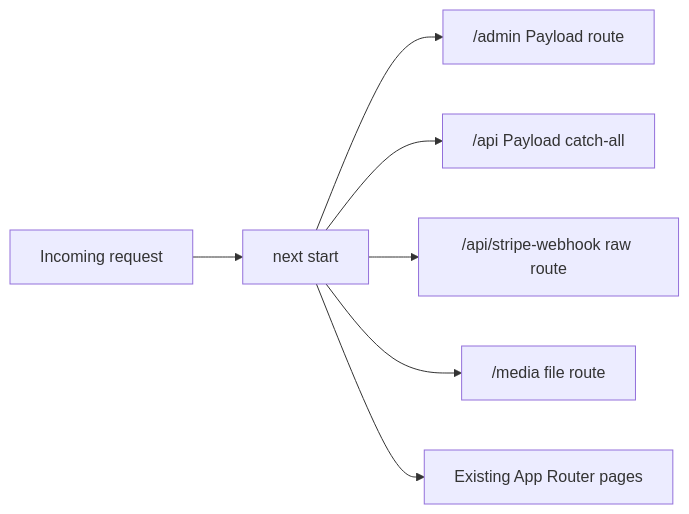
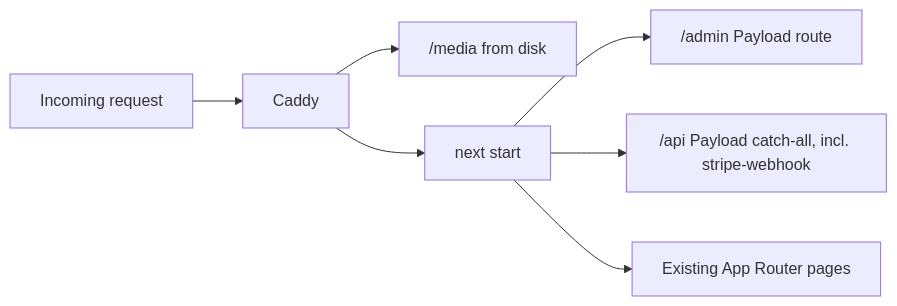
The diagram in docs/PAYLOAD_V3_MIGRATION.md (brunosj/shush-dance), drawn with Mermaid before and after one commit. The commit also changed other lines of this file and 158 other files, not shown here.

````diff
--- a/docs/PAYLOAD_V3_MIGRATION.md
+++ b/docs/PAYLOAD_V3_MIGRATION.md
@@ -9,9 +9,9 @@
 ```mermaid
 flowchart LR
-  request[Incoming request] --> next[next start]
+  request[Incoming request] --> caddy[Caddy]
+  caddy --> media["/media from disk"]
+  caddy --> next[next start]
   next --> admin["/admin Payload route"]
-  next --> api["/api Payload catch-all"]
-  next --> stripe["/api/stripe-webhook raw route"]
-  next --> media["/media file route"]
+  next --> api["/api Payload catch-all, incl. stripe-webhook"]
   next --> pages[Existing App Router pages]
 ```
````
